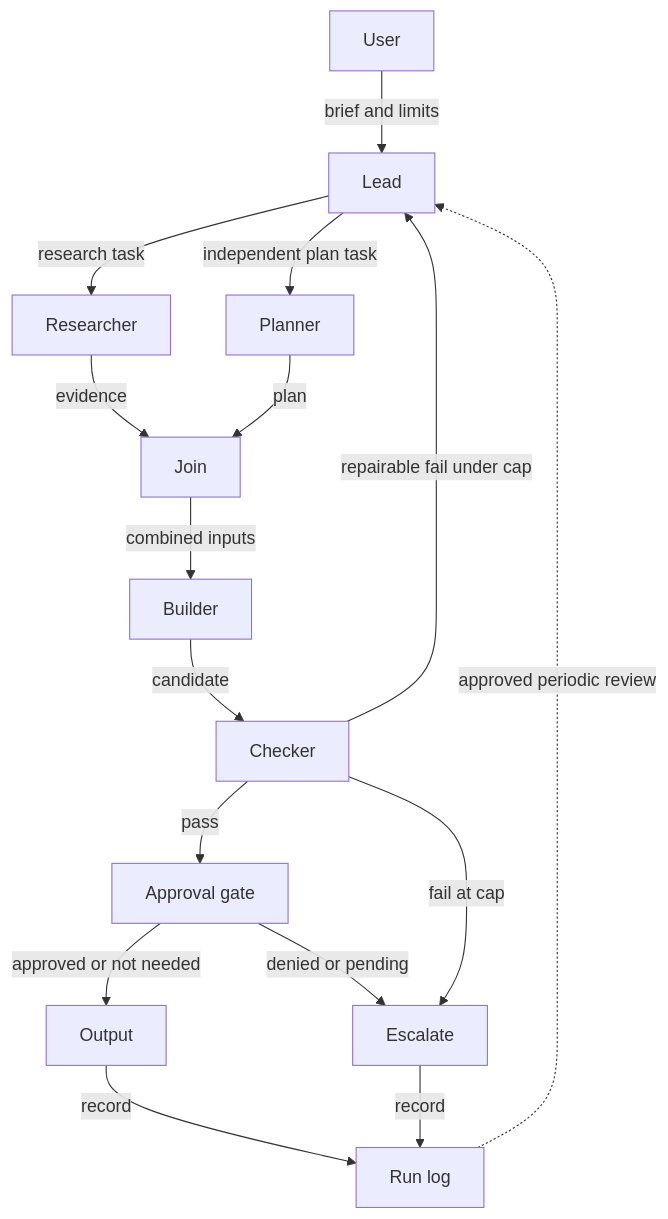
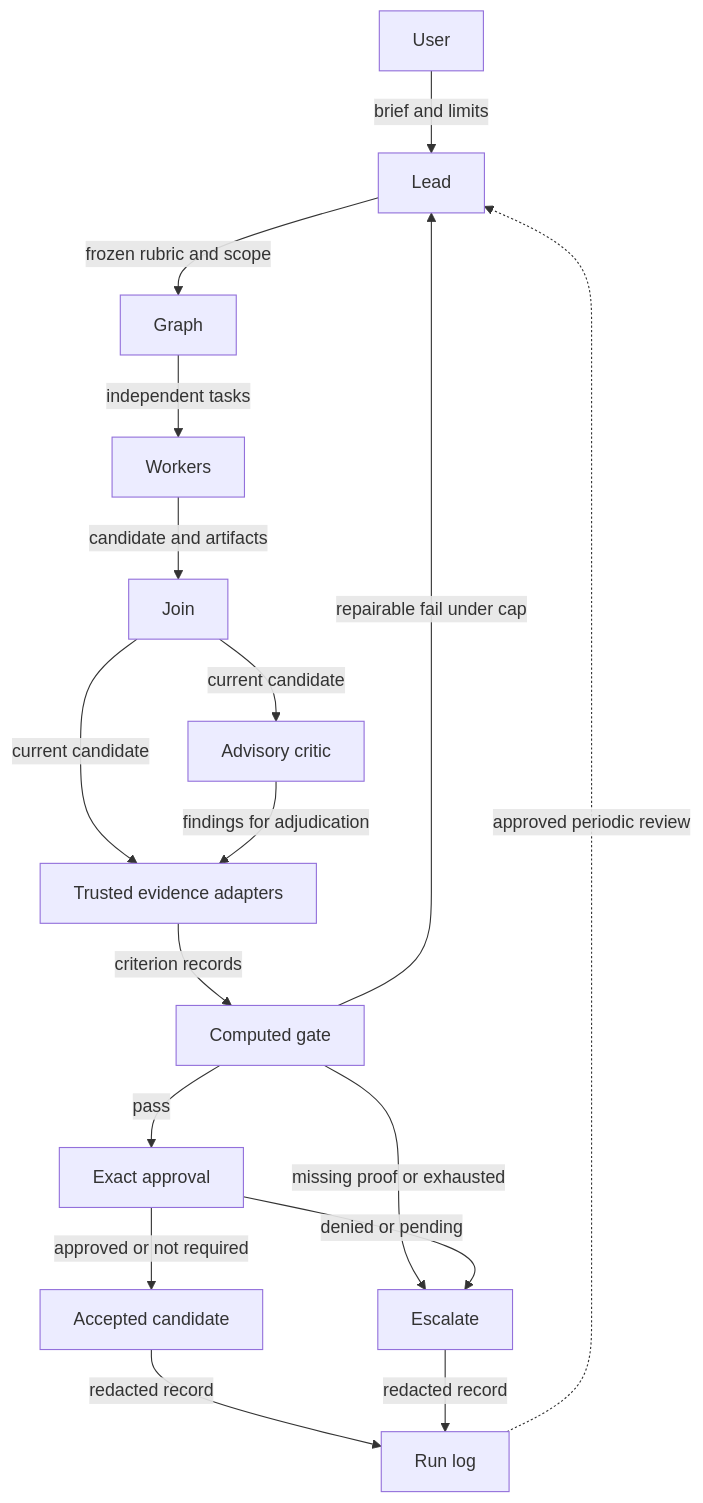
One commit to hayalows/Skills changed the diagram in agent-team-architect/references/agent-contract.md. Above: the diagram before and after it, drawn with Mermaid. The commit also changed other lines of this file and 11 other files, not shown here.

Commit message:
Upgrade Agent Team Architect to v1.2 evidence-first evaluation

````diff
--- a/agent-team-architect/references/agent-contract.md
+++ b/agent-team-architect/references/agent-contract.md
@@ -5,18 +5,19 @@
 ```mermaid
 flowchart TD
 U[User] -->|brief and limits| L[Lead]
-L -->|research task| R[Researcher]
-L -->|independent plan task| P[Planner]
-R -->|evidence| J[Join]
-P -->|plan| J
-J -->|combined inputs| B[Builder]
-B -->|candidate| C[Checker]
-C -->|repairable fail under cap| L
-C -->|pass| G[Approval gate]
-C -->|fail at cap| E[Escalate]
-G -->|approved or not needed| O[Output]
-G -->|denied or pending| E
-O -->|record| M[Run log]
-E -->|record| M
+L -->|frozen rubric and scope| G[Graph]
+G -->|independent tasks| W[Workers]
+W -->|candidate and artifacts| J[Join]
+J -->|current candidate| V[Trusted evidence adapters]
+J -->|current candidate| C[Advisory critic]
+C -->|findings for adjudication| V
+V -->|criterion records| S[Computed gate]
+S -->|repairable fail under cap| L
+S -->|missing proof or exhausted| E[Escalate]
+S -->|pass| A[Exact approval]
+A -->|approved or not required| O[Accepted candidate]
+A -->|denied or pending| E
+O -->|redacted record| M[Run log]
+E -->|redacted record| M
 M -.->|approved periodic review| L
 ```
````
